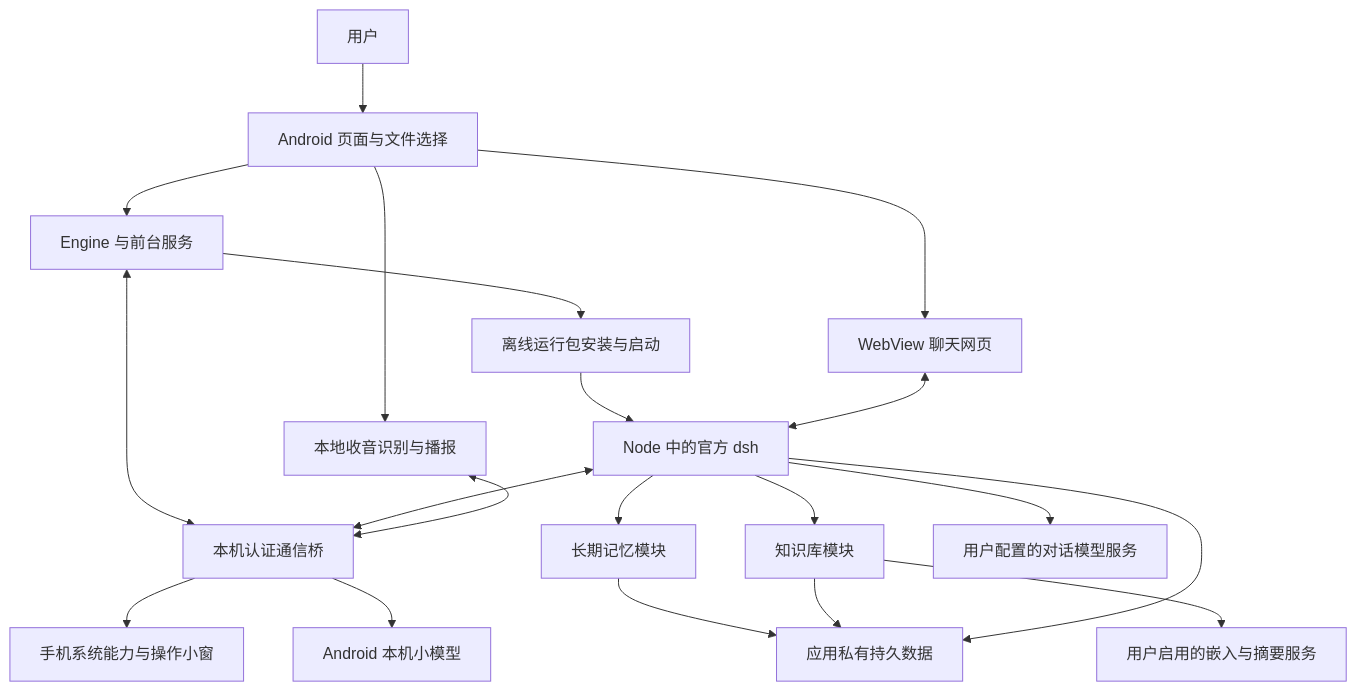
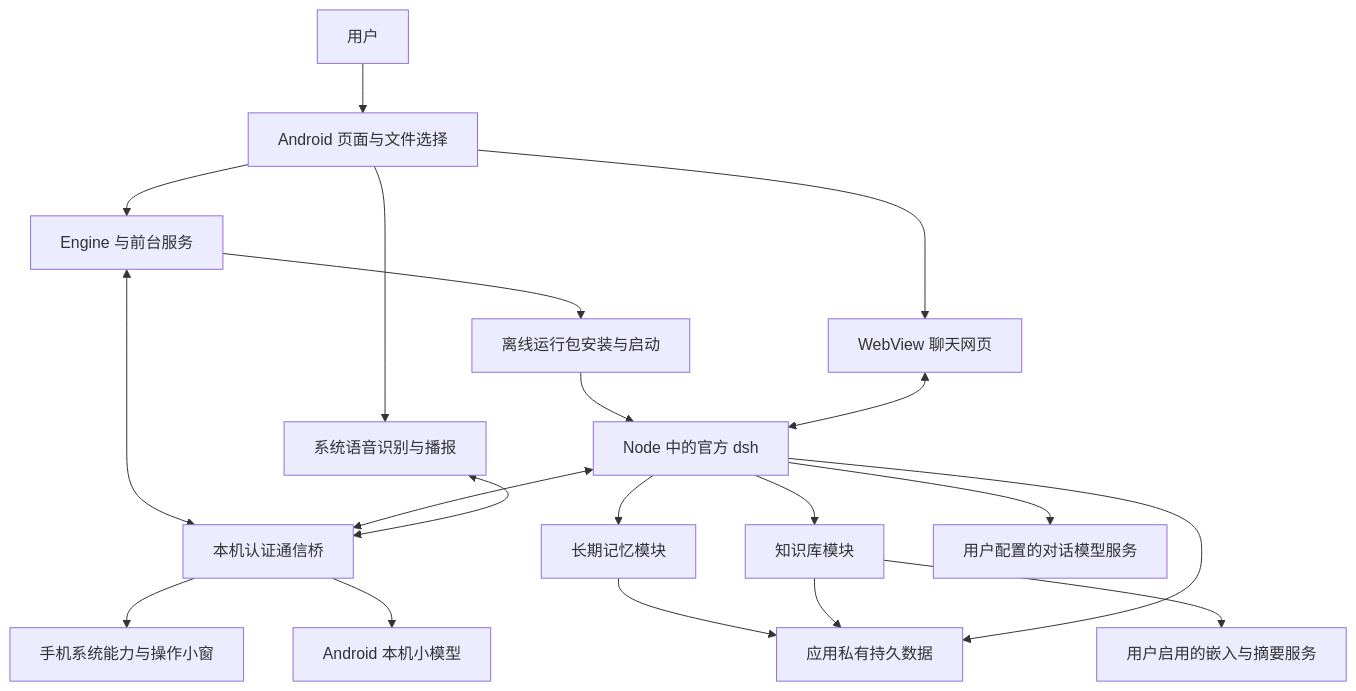
The diagram in docs/architecture.md (skynit/DSHX), drawn with Mermaid before and after one commit. The commit also changed 10 other files, not shown here.

````diff
--- a/docs/architecture.md
+++ b/docs/architecture.md
@@ -32,22 +32,22 @@
 ```mermaid
 flowchart TD
     U[用户] --> UI[Android 页面与文件选择]
     UI --> E[Engine 与前台服务]
     UI --> W[WebView 聊天网页]
     E --> C[离线运行包安装与启动]
     C --> D[Node 中的官方 dsh]
     W <--> D
     E <--> B[本机认证通信桥]
     D <--> B
     B --> P[手机系统能力与操作小窗]
     B --> L[Android 本机小模型]
-    UI --> V[本地收音识别与播报]
+    UI --> V[系统语音识别与播报]
     V <--> B
     D --> M[长期记忆模块]
     D --> K[知识库模块]
     M --> S[应用私有持久数据]
     K --> S
     D --> S
     D --> R[用户配置的对话模型服务]
     K --> Q[用户启用的嵌入与摘要服务]
 ```
````
